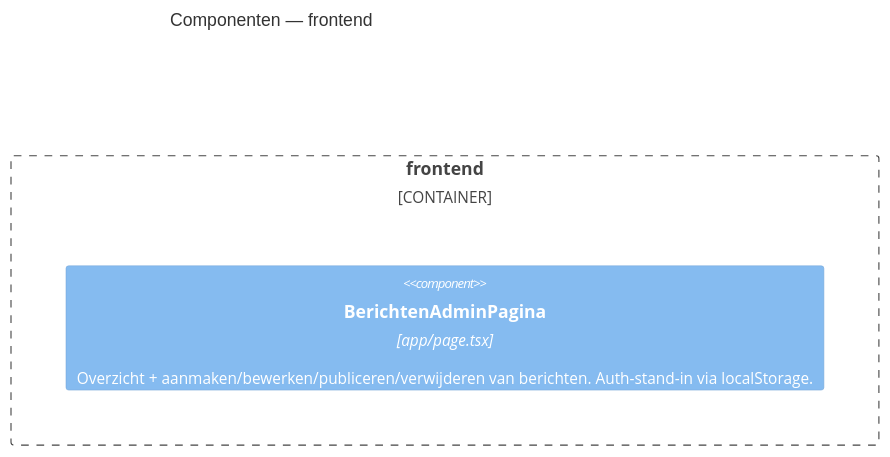
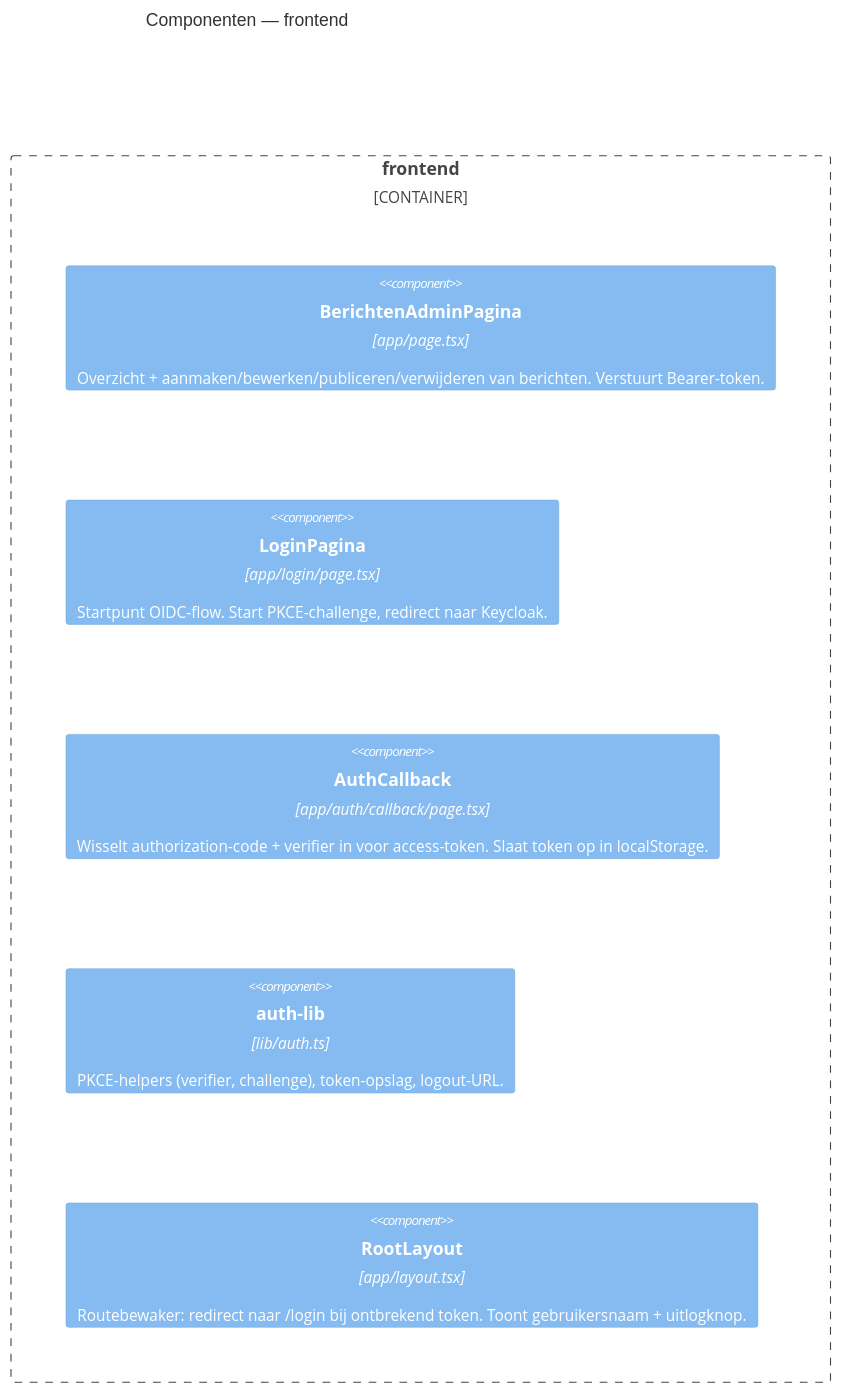
The fourth of 4 diagrams in docs/architectuur/c4-model.md (jaas0000/lexplainables), drawn with Mermaid before and after one commit. The commit also changed other lines of this file and 26 other files, not shown here.

````diff
--- a/docs/architectuur/c4-model.md
+++ b/docs/architectuur/c4-model.md
@@ -89,8 +95,12 @@
 ```mermaid
 C4Component
   title Componenten — frontend
 
   Container_Boundary(frontend, "frontend") {
-    Component(berichten_admin, "BerichtenAdminPagina", "app/page.tsx", "Overzicht + aanmaken/bewerken/publiceren/verwijderen van berichten. Auth-stand-in via localStorage.")
+    Component(berichten_admin, "BerichtenAdminPagina", "app/page.tsx", "Overzicht + aanmaken/bewerken/publiceren/verwijderen van berichten. Verstuurt Bearer-token.")
+    Component(login_pagina, "LoginPagina", "app/login/page.tsx", "Startpunt OIDC-flow. Start PKCE-challenge, redirect naar Keycloak.")
+    Component(auth_callback, "AuthCallback", "app/auth/callback/page.tsx", "Wisselt authorization-code + verifier in voor access-token. Slaat token op in localStorage.")
+    Component(auth_lib, "auth-lib", "lib/auth.ts", "PKCE-helpers (verifier, challenge), token-opslag, logout-URL.")
+    Component(root_layout, "RootLayout", "app/layout.tsx", "Routebewaker: redirect naar /login bij ontbrekend token. Toont gebruikersnaam + uitlogknop.")
   }
 ```
````
